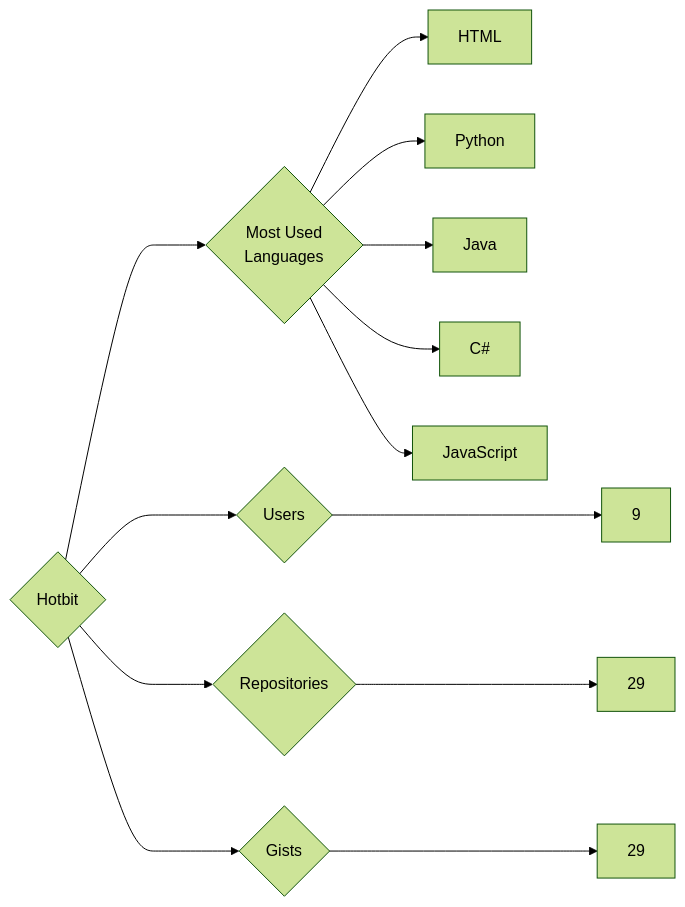
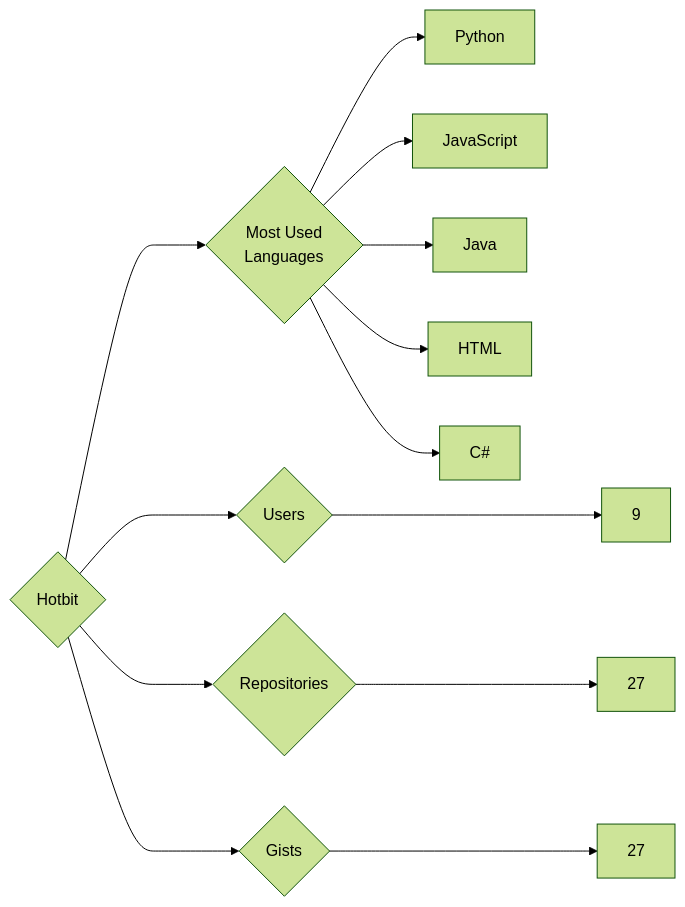
One commit to trickest/insiders changed the diagram in targets/Hotbit/README.md. Above: the diagram before and after it, drawn with Mermaid (forest theme). The commit also changed 1141 other files, not shown here.

````diff
--- a/targets/Hotbit/README.md
+++ b/targets/Hotbit/README.md
@@ -3,13 +3,13 @@
 ```mermaid
 graph LR
 COMPANY_NAME{Hotbit}
 COMPANY_NAME ---> U{Users} ---> UN[9]
-COMPANY_NAME ---> R{Repositories} ---> RN[29]
-COMPANY_NAME ---> G{Gists} ---> GN[29]
+COMPANY_NAME ---> R{Repositories} ---> RN[27]
+COMPANY_NAME ---> G{Gists} ---> GN[27]
 COMPANY_NAME ---> ML{Most Used<br>Languages}
+ML --> Python[Python]
+ML --> JavaScript[JavaScript]
+ML --> Java[Java]
 ML --> HTML[HTML]
-ML --> Python[Python]
-ML --> Java[Java]
 ML --> C#[C#]
-ML --> JavaScript[JavaScript]
 ```
````
